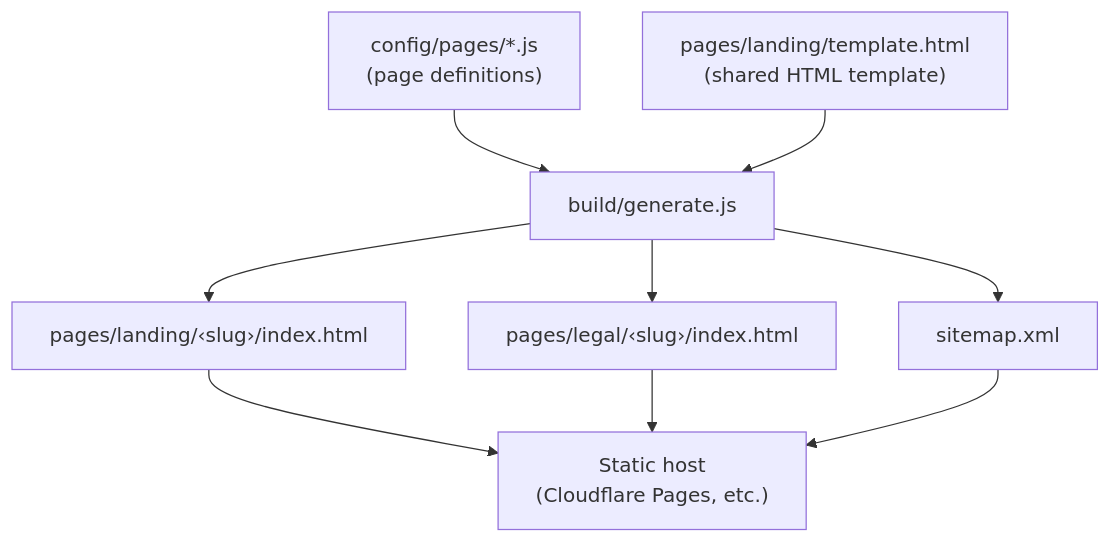
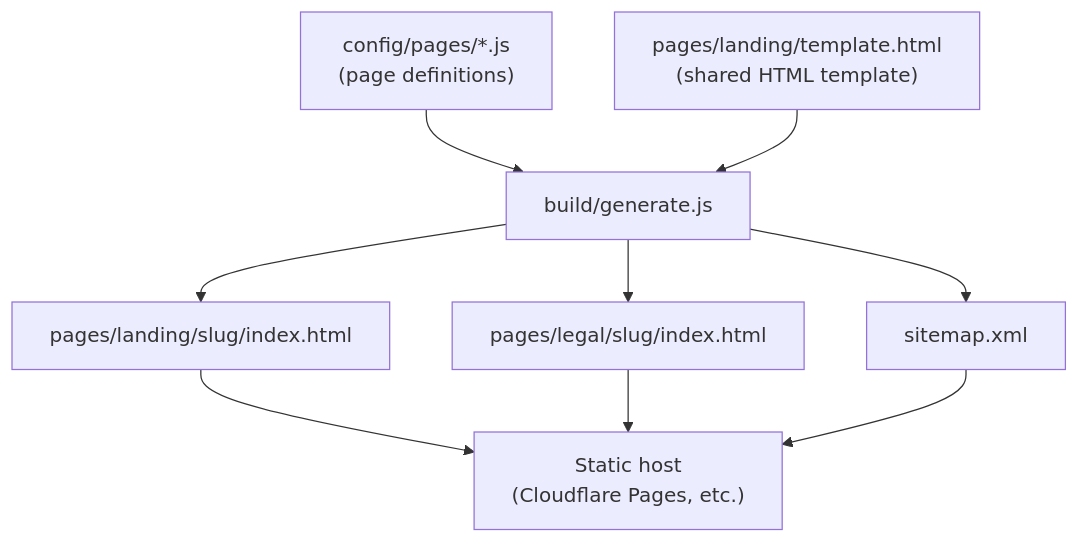
The diagram in README.md (stefanionescu/landing-template), drawn with Mermaid before and after one commit.

Commit message:
fix(root): replace extended ascii characters in mermaid diagram

````diff
--- a/README.md
+++ b/README.md
@@ -25,11 +25,11 @@
 ```mermaid
 flowchart TD
     A["config/pages/*.js\n(page definitions)"] --> C["build/generate.js"]
     B["pages/landing/template.html\n(shared HTML template)"] --> C
-    C --> D["pages/landing/‹slug›/index.html"]
-    C --> E["pages/legal/‹slug›/index.html"]
+    C --> D["pages/landing/slug/index.html"]
+    C --> E["pages/legal/slug/index.html"]
     C --> F["sitemap.xml"]
     D --> G["Static host\n(Cloudflare Pages, etc.)"]
     E --> G
     F --> G
 ```
````
